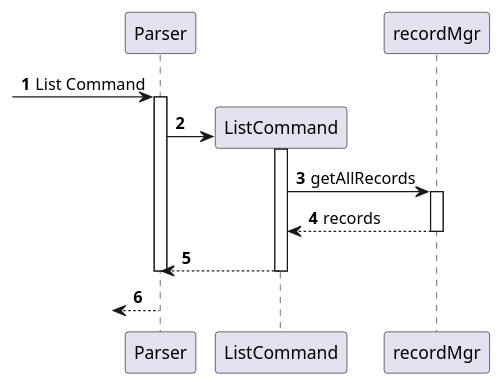
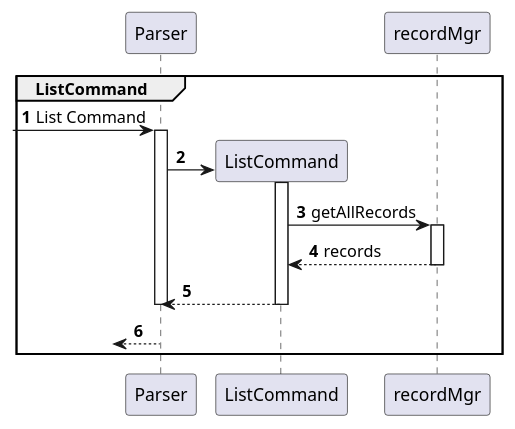
Before and after one commit to nus-cs2113-AY2122S2/tp: the diagram in docs/sequenceDiagrams/ListCommand.puml, drawn with PlantUML. The commit also changed 17 other files, not shown here.

Commit message:
add sequnce diagram to DG

```diff
--- a/docs/sequenceDiagrams/ListCommand.puml
+++ b/docs/sequenceDiagrams/ListCommand.puml
@@ -1,24 +1,24 @@
 @startuml
 'https://plantuml.com/sequence-diagram
 
 autonumber
-
+group ListCommand
 ?-> Parser: List Command
 Activate Parser
 
 Parser -> ListCommand **
 Activate ListCommand
 
 ListCommand -> recordMgr :getAllRecords
 activate recordMgr
 ListCommand <-- recordMgr : records
 deactivate recordMgr
 
 Parser <-- ListCommand
 Deactivate ListCommand
 
 Deactivate Parser
 ?<-- Parser
 Deactivate Parser
-
+end
 @enduml
```
